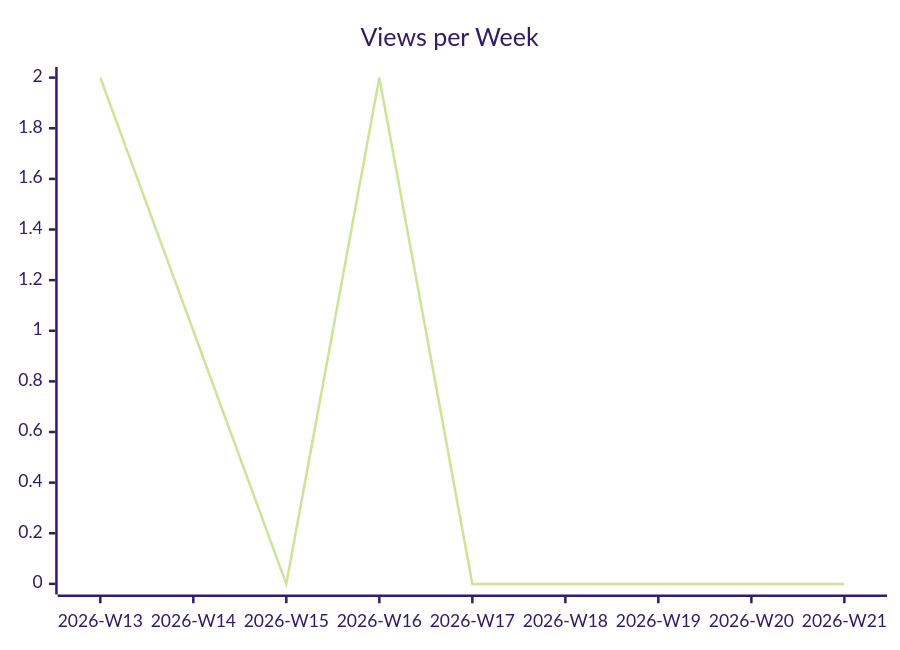
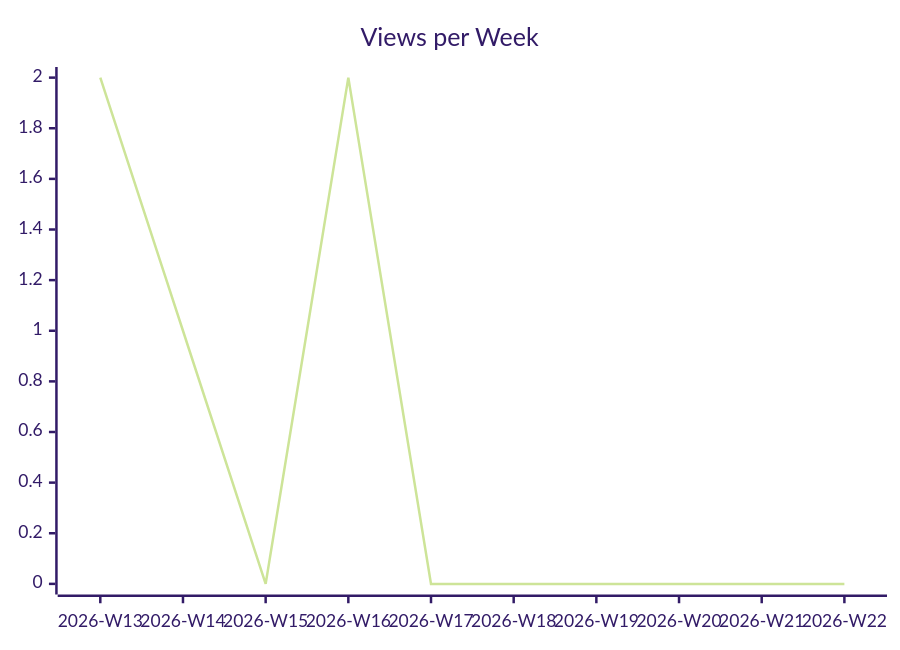
The second of 3 diagrams in karlmdavis/ansible-role-bind-dns/README.md (justdavis-family/github-analytics-data), drawn with Mermaid (forest theme) before and after one commit. The commit also changed other lines of this file and 190 other files, not shown here.

````diff
--- a/karlmdavis/ansible-role-bind-dns/README.md
+++ b/karlmdavis/ansible-role-bind-dns/README.md
@@ -12,6 +12,6 @@
 ```mermaid
 xychart-beta
   title "Views per Week"
-  x-axis ["2026-W13", "2026-W14", "2026-W15", "2026-W16", "2026-W17", "2026-W18", "2026-W19", "2026-W20", "2026-W21"]
-  line [2, 1, 0, 2, 0, 0, 0, 0, 0]
+  x-axis ["2026-W13", "2026-W14", "2026-W15", "2026-W16", "2026-W17", "2026-W18", "2026-W19", "2026-W20", "2026-W21", "2026-W22"]
+  line [2, 1, 0, 2, 0, 0, 0, 0, 0, 0]
 ```
````
